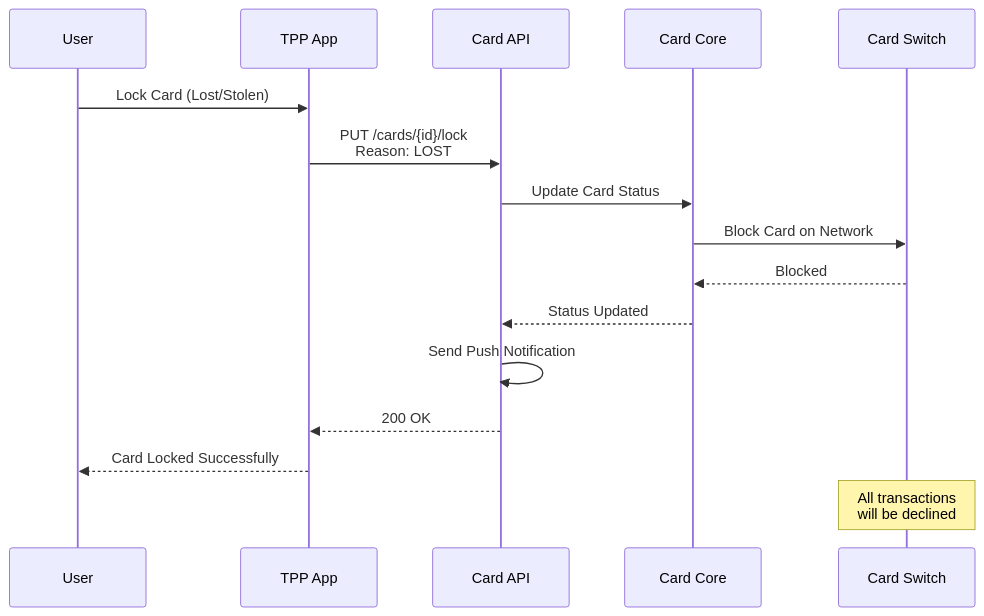
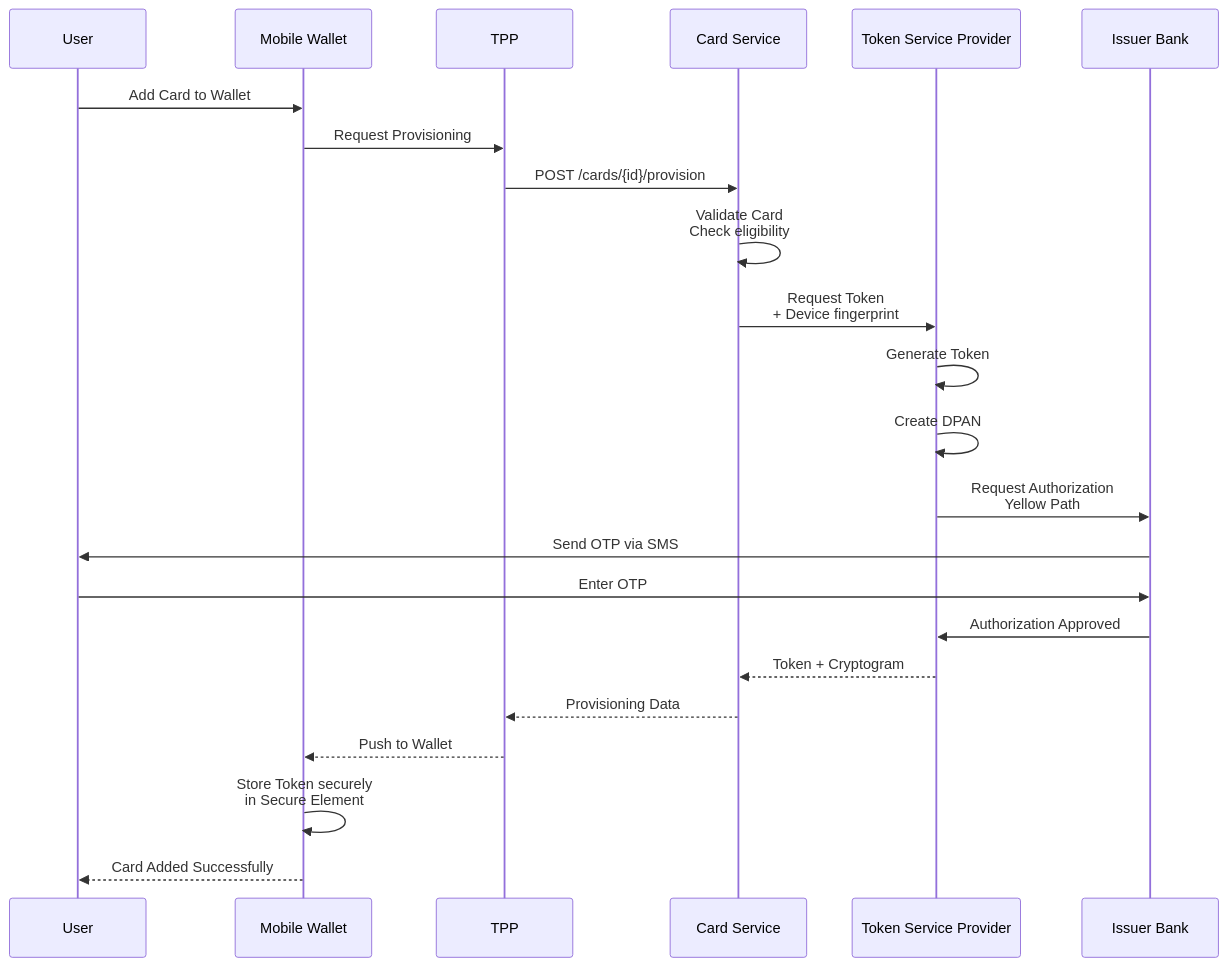
Before and after one commit to huuhoait/openbanking-vn-specs: the fifth of 10 diagrams in 06-Dich-vu-The-va-Tokenization.md, drawn with Mermaid. The commit also changed other lines of this file and 14 other files, not shown here.

````diff
--- a/06-Dich-vu-The-va-Tokenization.md
+++ b/06-Dich-vu-The-va-Tokenization.md
@@ -172,22 +246,31 @@
 ```mermaid
 sequenceDiagram
-    participant User as User
-    participant TPP as TPP App
-    participant API as Card API
-    participant CardCore as Card Core
-    participant Switch as Card Switch
+    participant User
+    participant Wallet as Mobile Wallet
+    participant TPP
+    participant CardSvc as Card Service
+    participant TSP as Token Service Provider
+    participant Issuer as Issuer Bank
     
-    User->>TPP: Lock Card (Lost/Stolen)
-    TPP->>API: PUT /cards/{id}/lock<br/>Reason: LOST
+    User->>Wallet: Add Card to Wallet
+    Wallet->>TPP: Request Provisioning
+    TPP->>CardSvc: POST /cards/{id}/provision
     
-    API->>CardCore: Update Card Status
-    CardCore->>Switch: Block Card on Network
-    Switch-->>CardCore: Blocked
-    CardCore-->>API: Status Updated
+    CardSvc->>CardSvc: Validate Card<br/>Check eligibility
     
-    API->>API: Send Push Notification
-    API-->>TPP: 200 OK
-    TPP-->>User: Card Locked Successfully
+    CardSvc->>TSP: Request Token<br/>+ Device fingerprint
+    TSP->>TSP: Generate Token
+    TSP->>TSP: Create DPAN
     
-    Note over Switch: All transactions<br/>will be declined
+    TSP->>Issuer: Request Authorization<br/>Yellow Path
+    Issuer->>User: Send OTP via SMS
+    User->>Issuer: Enter OTP
+    Issuer->>TSP: Authorization Approved
+    
+    TSP-->>CardSvc: Token + Cryptogram
+    CardSvc-->>TPP: Provisioning Data
+    TPP-->>Wallet: Push to Wallet
+    Wallet->>Wallet: Store Token securely<br/>in Secure Element
+    
+    Wallet-->>User: Card Added Successfully
 ```
````
